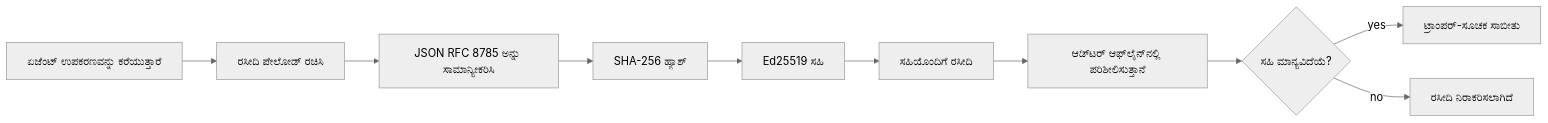
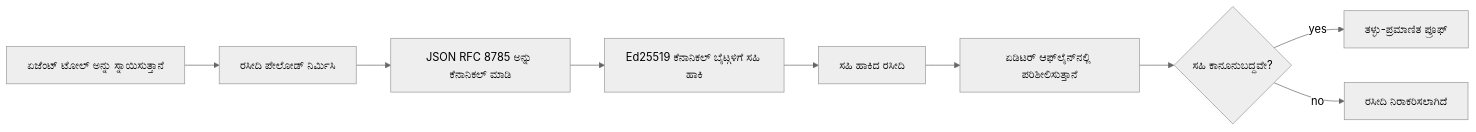
The first of 2 diagrams in mirrors/repos/microsoft@ai-agents-for-beginners/translations/kn/18-securing-ai-agents/README.md (gabrielmoreira/agent-skills-mirror), drawn with Mermaid (neutral theme) before and after one commit. The commit also changed other lines of this file and 4262 other files, not shown here.

````diff
--- a/mirrors/repos/microsoft@ai-agents-for-beginners/translations/kn/18-securing-ai-agents/README.md
+++ b/mirrors/repos/microsoft@ai-agents-for-beginners/translations/kn/18-securing-ai-agents/README.md
@@ -51,12 +51,11 @@
 ```mermaid
 flowchart LR
-    A[ಏಜೆಂಟ್ ಉಪಕರಣವನ್ನು ಕರೆಯುತ್ತಾರೆ] --> B[ರಸೀದಿ ಪೇಲೋಡ್ ರಚಿಸಿ]
-    B --> C[JSON RFC 8785 ಅನ್ನು ಸಾಮಾನ್ಯೀಕರಿಸಿ]
-    C --> D[SHA-256 ಹ್ಯಾಶ್]
-    D --> E[Ed25519 ಸಹಿ]
-    E --> F[ಸಹಿಯೊಂದಿಗೆ ರಸೀದಿ]
-    F --> G[ಆಡಿ್ಟರ್ ಆಫ್‌ಲೈನ್‌ನಲ್ಲಿ ಪರಿಶೀಲಿಸುತ್ತಾನೆ]
-    G --> H{ಸಹಿ ಮಾನ್ಯವಿದೆಯೆ?}
-    H -- yes --> I[ಟ್ರಾಂಪರ್-ಸೂಚಕ ಸಾಬೀತು]
+    A[ಏಜೆಂಟ್‌ ಟೋಲ್ ಅನ್ನು ಸ್ನಾಯಿಸುತ್ತಾನೆ] --> B[ರಸೀದಿ ಪೇಲೋಡ್ ನಿರ್ಮಿಸಿ]
+    B --> C[JSON RFC 8785 ಅನ್ನು ಕೆನಾನಿಕಲ್ ಮಾಡಿ]
+    C --> E[Ed25519 ಕೆನಾನಿಕಲ್ ಬೈಟ್ಗಳಿಗೆ ಸಹಿ ಹಾಕಿ]
+    E --> F[ಸಹಿ ಹಾಕಿದ ರಸೀದಿ]
+    F --> G[ಏಡಿಟರ್ ಆಫ್‌ಲೈನ್‌ನಲ್ಲಿ ಪರಿಶೀಲಿಸುತ್ತಾನೆ]
+    G --> H{ಸಹಿ ಕಾನೂನುಬದ್ಧವೇ?}
+    H -- yes --> I[ತಳ್ಳು-ಪ್ರಮಾಣಿತ ಪ್ರೂಫ್]
     H -- no --> J[ರಸೀದಿ ನಿರಾಕರಿಸಲಾಗಿದೆ]
 ```
````
